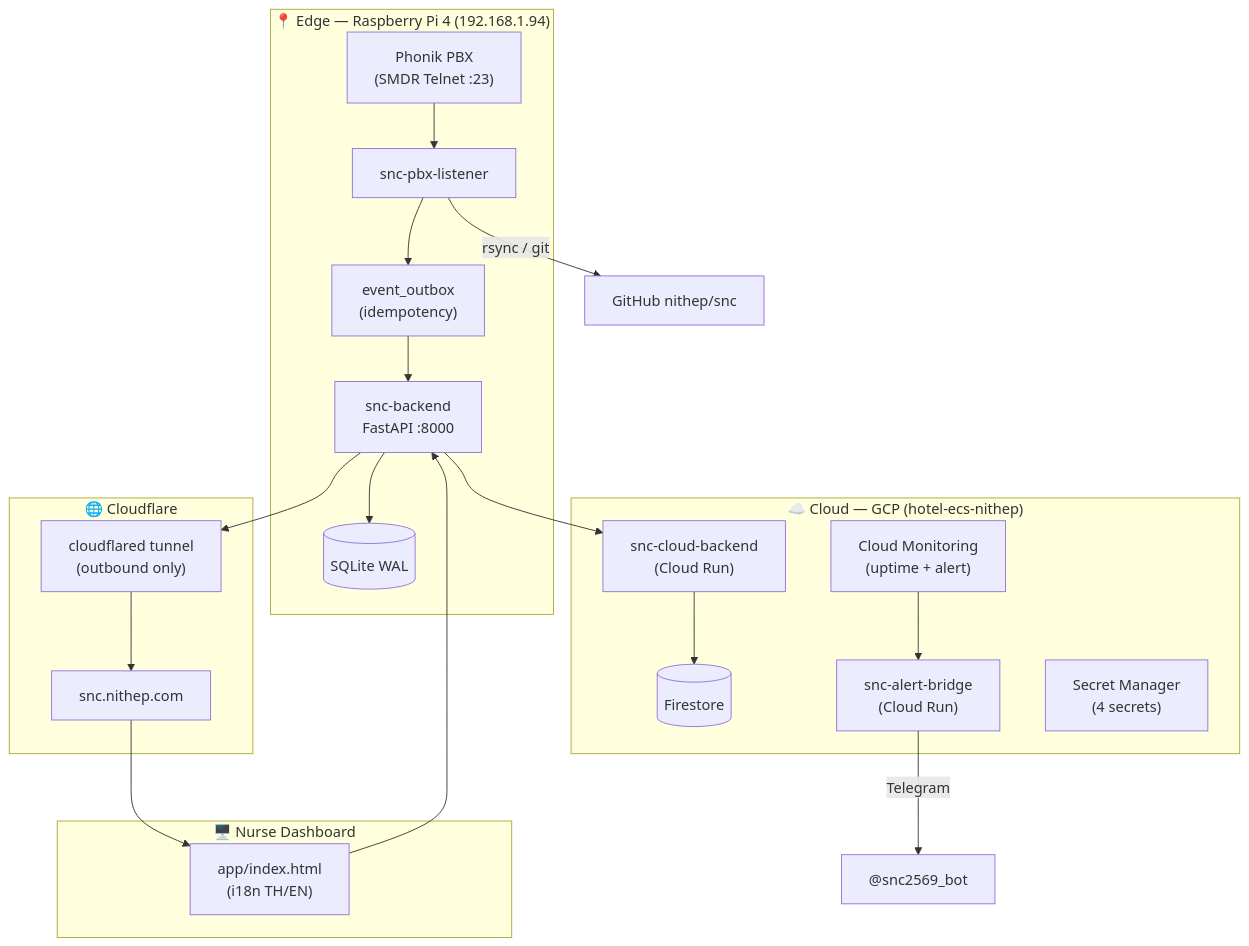
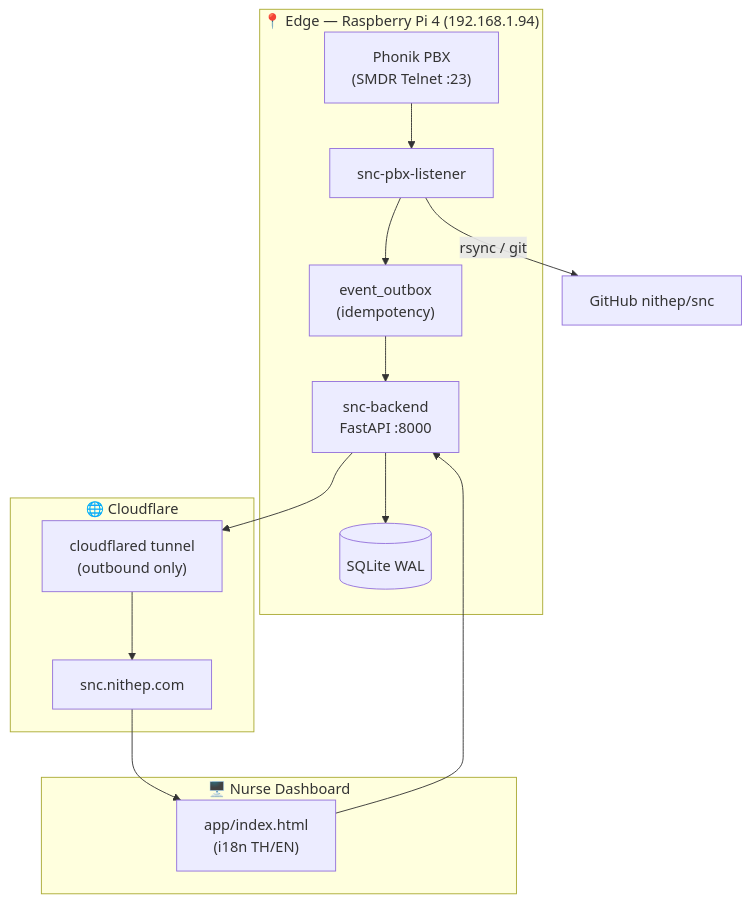
The diagram in README.md (nithep/snc), drawn with Mermaid before and after one commit. The commit also changed other lines of this file and 10 other files, not shown here.

First line of the commit message:
refactor: remove Cloud Run — Pi4 is sole production system

````diff
--- a/README.md
+++ b/README.md
@@ -40,34 +39,24 @@
 ```mermaid
 flowchart TB
     subgraph EDGE["📍 Edge — Raspberry Pi 4 (192.168.1.94)"]
         PBX["Phonik PBX<br/>(SMDR Telnet :23)"] --> LISTENER["snc-pbx-listener"]
         LISTENER --> OUTBOX["event_outbox<br/>(idempotency)"]
         OUTBOX --> BACKEND["snc-backend<br/>FastAPI :8000"]
         BACKEND --> DB[(SQLite WAL)]
-    end
-
-    subgraph CLOUD["☁️ Cloud — GCP (hotel-ecs-nithep)"]
-        CR_BE["snc-cloud-backend<br/>(Cloud Run)"] --> FS[(Firestore)]
-        BRIDGE["snc-alert-bridge<br/>(Cloud Run)"]
-        SM["Secret Manager<br/>(4 secrets)"]
-        MON["Cloud Monitoring<br/>(uptime + alert)"]
-        MON --> BRIDGE
     end
 
     subgraph NET["🌐 Cloudflare"]
         TUNNEL["cloudflared tunnel<br/>(outbound only)"]
         DOMAIN["snc.nithep.com"]
         TUNNEL --> DOMAIN
     end
 
     subgraph DASH["🖥️ Nurse Dashboard"]
         UI["app/index.html<br/>(i18n TH/EN)"]
     end
 
     BACKEND --> TUNNEL
     DOMAIN --> UI
     UI --> BACKEND
-    BACKEND --> CR_BE
-    BRIDGE -->|"Telegram"| TG["@snc2569_bot"]
     LISTENER -->|"rsync / git"| GIT["GitHub nithep/snc"]
 ```
````
